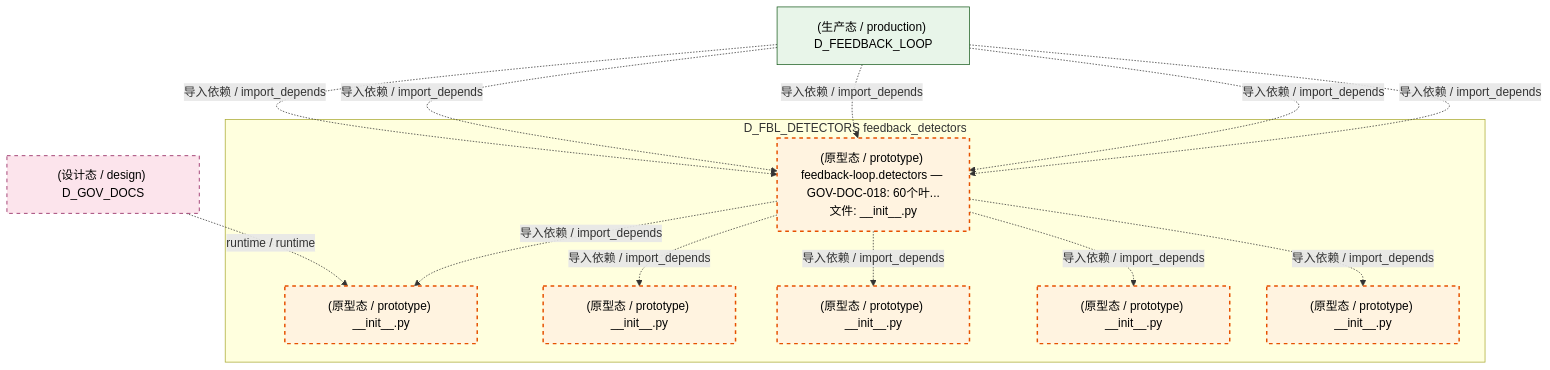
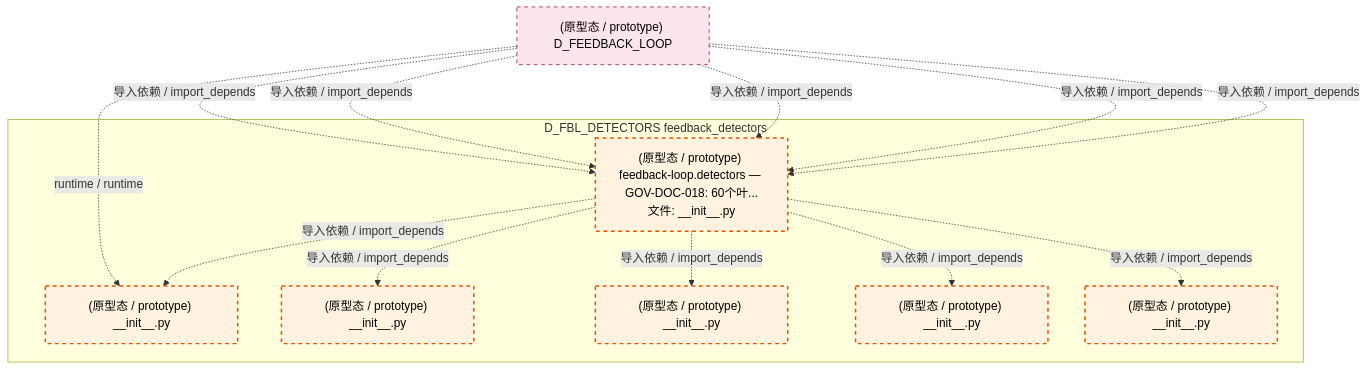
The fifth of 6 diagrams in docs/02_enterprise_architecture/02_domain_architecture_docs/11_d_fbl_detectors.md (xuanFelixVan/ZephyrAlpha), drawn with Mermaid before and after one commit. The commit also changed other lines of this file and 99 other files, not shown here.

````diff
--- a/docs/02_enterprise_architecture/02_domain_architecture_docs/11_d_fbl_detectors.md
+++ b/docs/02_enterprise_architecture/02_domain_architecture_docs/11_d_fbl_detectors.md
@@ -339,31 +337,29 @@
 ```mermaid
 graph TD
     subgraph D_FBL_DETECTORS["D_FBL_DETECTORS feedback_detectors"]
         src_zephyr_feedback_loop_detectors_init_py["(原型态 / prototype) feedback-loop.detectors — GOV-DOC-018: 60个叶...<br/>文件: __init__.py"]
         src_zephyr_feedback_loop_detectors_anomaly_init_py["(原型态 / prototype) __init__.py"]
         src_zephyr_feedback_loop_detectors_correlation_init_py["(原型态 / prototype) __init__.py"]
         src_zephyr_feedback_loop_detectors_drift_init_py["(原型态 / prototype) __init__.py"]
         src_zephyr_feedback_loop_detectors_guard_init_py["(原型态 / prototype) __init__.py"]
         src_zephyr_feedback_loop_detectors_reliability_init_py["(原型态 / prototype) __init__.py"]
     end
+    src_zephyr_feedback_loop_detectors_init_py -.->|导入依赖 / import_depends| src_zephyr_feedback_loop_detectors_correlation_init_py
     src_zephyr_feedback_loop_detectors_init_py -.->|导入依赖 / import_depends| src_zephyr_feedback_loop_detectors_anomaly_init_py
-    src_zephyr_feedback_loop_detectors_init_py -.->|导入依赖 / import_depends| src_zephyr_feedback_loop_detectors_correlation_init_py
+    src_zephyr_feedback_loop_detectors_init_py -.->|导入依赖 / import_depends| src_zephyr_feedback_loop_detectors_reliability_init_py
+    src_zephyr_feedback_loop_detectors_init_py -.->|导入依赖 / import_depends| src_zephyr_feedback_loop_detectors_guard_init_py
     src_zephyr_feedback_loop_detectors_init_py -.->|导入依赖 / import_depends| src_zephyr_feedback_loop_detectors_drift_init_py
-    src_zephyr_feedback_loop_detectors_init_py -.->|导入依赖 / import_depends| src_zephyr_feedback_loop_detectors_guard_init_py
-    src_zephyr_feedback_loop_detectors_init_py -.->|导入依赖 / import_depends| src_zephyr_feedback_loop_detectors_reliability_init_py
-    D_GOV_DOCS["(设计态 / design) D_GOV_DOCS"]
-    D_GOV_DOCS -.->|runtime / runtime| src_zephyr_feedback_loop_detectors_anomaly_init_py
-    D_FEEDBACK_LOOP["(生产态 / production) D_FEEDBACK_LOOP"]
+    D_FEEDBACK_LOOP["(原型态 / prototype) D_FEEDBACK_LOOP"]
+    D_FEEDBACK_LOOP -.->|runtime / runtime| src_zephyr_feedback_loop_detectors_correlation_init_py
     D_FEEDBACK_LOOP -.->|导入依赖 / import_depends| src_zephyr_feedback_loop_detectors_init_py
     D_FEEDBACK_LOOP -.->|导入依赖 / import_depends| src_zephyr_feedback_loop_detectors_init_py
     D_FEEDBACK_LOOP -.->|导入依赖 / import_depends| src_zephyr_feedback_loop_detectors_init_py
     D_FEEDBACK_LOOP -.->|导入依赖 / import_depends| src_zephyr_feedback_loop_detectors_init_py
     D_FEEDBACK_LOOP -.->|导入依赖 / import_depends| src_zephyr_feedback_loop_detectors_init_py
     classDef production fill:#e1f5fe,stroke:#01579b,stroke-width:2px,color:#000
     classDef design fill:#fff3e0,stroke:#e65100,stroke-width:2px,color:#000,stroke-dasharray: 5 5
     classDef external_prod fill:#e8f5e9,stroke:#1b5e20,stroke-width:1px,color:#000
     classDef external_design fill:#fce4ec,stroke:#880e4f,stroke-width:1px,color:#000,stroke-dasharray: 5 5
     class src_zephyr_feedback_loop_detectors_init_py,src_zephyr_feedback_loop_detectors_anomaly_init_py,src_zephyr_feedback_loop_detectors_correlation_init_py,src_zephyr_feedback_loop_detectors_drift_init_py,src_zephyr_feedback_loop_detectors_guard_init_py,src_zephyr_feedback_loop_detectors_reliability_init_py design
-    class D_FEEDBACK_LOOP external_prod
-    class D_GOV_DOCS external_design
+    class D_FEEDBACK_LOOP external_design
 ```
````
